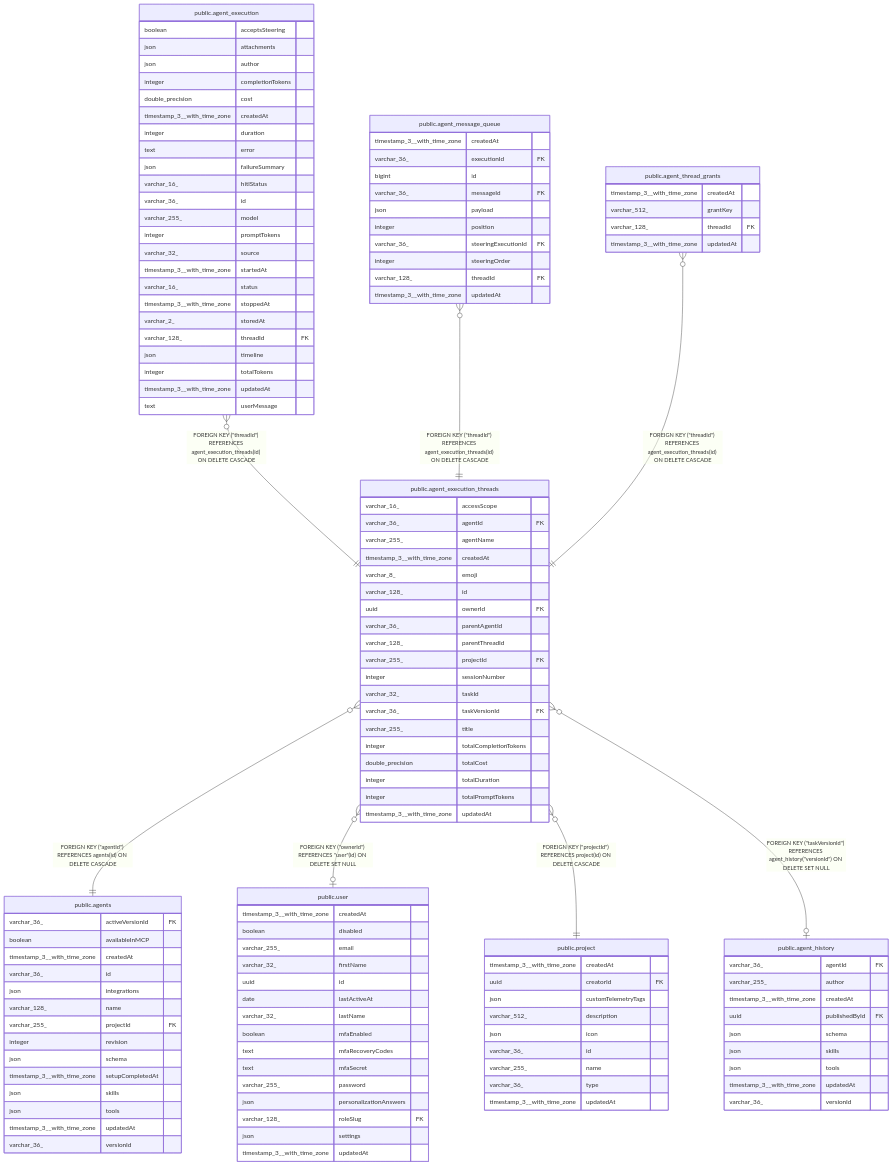
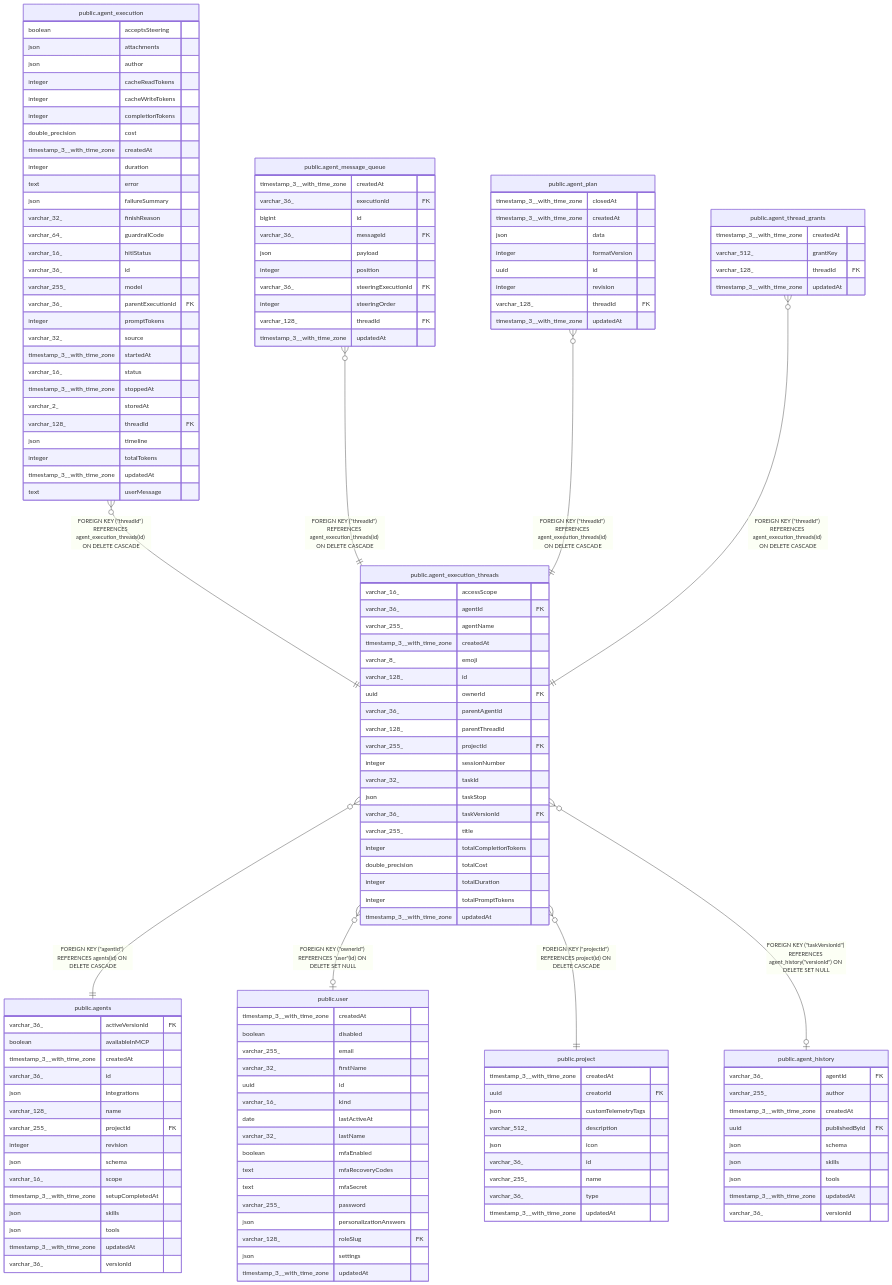
The diagram in docs/generated/postgres-schema/public.agent_execution_threads.md (sreent/n8n), drawn with Mermaid before and after one commit. The commit also changed other lines of this file and 7993 other files, not shown here.

```diff
--- a/docs/generated/postgres-schema/public.agent_execution_threads.md
+++ b/docs/generated/postgres-schema/public.agent_execution_threads.md
@@ -65,6 +66,7 @@
 "public.agent_execution_threads" }o--|| "public.agents" : "FOREIGN KEY (#quot;agentId#quot;) REFERENCES agents(id) ON DELETE CASCADE"
 "public.agent_execution" }o--|| "public.agent_execution_threads" : "FOREIGN KEY (#quot;threadId#quot;) REFERENCES agent_execution_threads(id) ON DELETE CASCADE"
 "public.agent_message_queue" }o--|| "public.agent_execution_threads" : "FOREIGN KEY (#quot;threadId#quot;) REFERENCES agent_execution_threads(id) ON DELETE CASCADE"
+"public.agent_plan" }o--|| "public.agent_execution_threads" : "FOREIGN KEY (#quot;threadId#quot;) REFERENCES agent_execution_threads(id) ON DELETE CASCADE"
 "public.agent_thread_grants" }o--|| "public.agent_execution_threads" : "FOREIGN KEY (#quot;threadId#quot;) REFERENCES agent_execution_threads(id) ON DELETE CASCADE"
 "public.agent_execution_threads" }o--o| "public.user" : "FOREIGN KEY (#quot;ownerId#quot;) REFERENCES #quot;user#quot;(id) ON DELETE SET NULL"
 "public.agent_execution_threads" }o--|| "public.project" : "FOREIGN KEY (#quot;projectId#quot;) REFERENCES project(id) ON DELETE CASCADE"
@@ -83,6 +85,7 @@
   varchar_255_ projectId FK
   integer sessionNumber
   varchar_32_ taskId
+  json taskStop
   varchar_36_ taskVersionId FK
   varchar_255_ title
   integer totalCompletionTokens
@@ -101,6 +104,7 @@
   varchar_255_ projectId FK
   integer revision
   json schema
+  varchar_16_ scope
   timestamp_3__with_time_zone setupCompletedAt
   json skills
   json tools
@@ -111,15 +115,20 @@
   boolean acceptsSteering
   json attachments
   json author
+  integer cacheReadTokens
+  integer cacheWriteTokens
   integer completionTokens
   double_precision cost
   timestamp_3__with_time_zone createdAt
   integer duration
   text error
   json failureSummary
+  varchar_32_ finishReason
+  varchar_64_ guardrailCode
   varchar_16_ hitlStatus
   varchar_36_ id
   varchar_255_ model
+  varchar_36_ parentExecutionId FK
   integer promptTokens
   varchar_32_ source
   timestamp_3__with_time_zone startedAt
@@ -144,6 +153,16 @@
   varchar_128_ threadId FK
   timestamp_3__with_time_zone updatedAt
 }
+"public.agent_plan" {
+  timestamp_3__with_time_zone closedAt
+  timestamp_3__with_time_zone createdAt
+  json data
+  integer formatVersion
+  uuid id
+  integer revision
+  varchar_128_ threadId FK
+  timestamp_3__with_time_zone updatedAt
+}
 "public.agent_thread_grants" {
   timestamp_3__with_time_zone createdAt
   varchar_512_ grantKey
@@ -156,6 +175,7 @@
   varchar_255_ email
   varchar_32_ firstName
   uuid id
+  varchar_16_ kind
   date lastActiveAt
   varchar_32_ lastName
   boolean mfaEnabled
```
